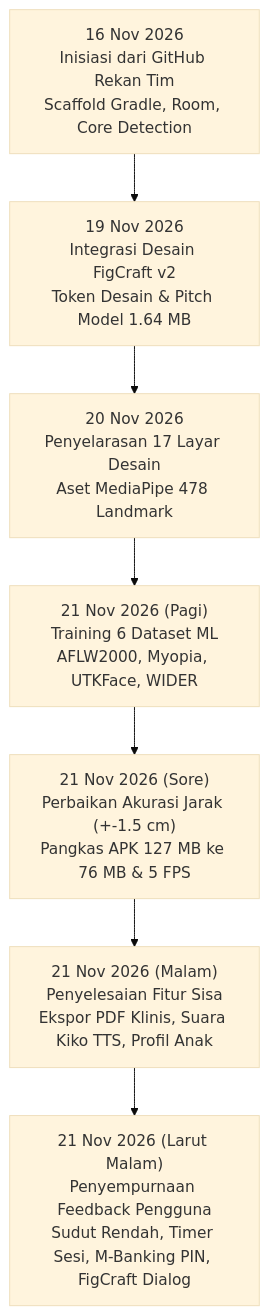
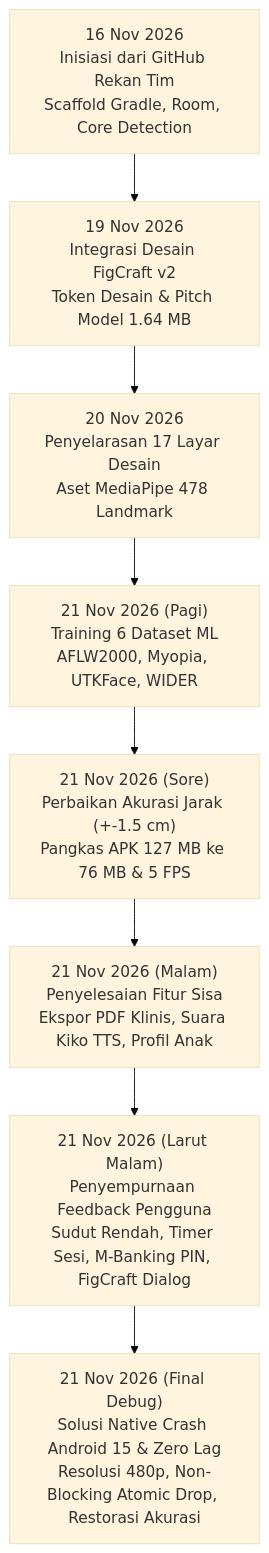
Before and after one commit to cruzhgggggg-coder/JAGA_MATA: the first of 2 diagrams in LAPORAN_UPDATE_PROYEK.md, drawn with Mermaid (base theme). The commit also changed other lines of this file and 23 other files, not shown here.

````diff
--- a/LAPORAN_UPDATE_PROYEK.md
+++ b/LAPORAN_UPDATE_PROYEK.md
@@ -16,9 +16,10 @@
 ```mermaid
 flowchart TD
     D1["16 Nov 2026<br>Inisiasi dari GitHub Rekan Tim<br>Scaffold Gradle, Room, Core Detection"] --> D2["19 Nov 2026<br>Integrasi Desain FigCraft v2<br>Token Desain & Pitch Model 1.64 MB"]
     D2 --> D3["20 Nov 2026<br>Penyelarasan 17 Layar Desain<br>Aset MediaPipe 478 Landmark"]
     D3 --> D4["21 Nov 2026 (Pagi)<br>Training 6 Dataset ML<br>AFLW2000, Myopia, UTKFace, WIDER"]
     D4 --> D5["21 Nov 2026 (Sore)<br>Perbaikan Akurasi Jarak (+-1.5 cm)<br>Pangkas APK 127 MB ke 76 MB & 5 FPS"]
     D5 --> D6["21 Nov 2026 (Malam)<br>Penyelesaian Fitur Sisa<br>Ekspor PDF Klinis, Suara Kiko TTS, Profil Anak"]
     D6 --> D7["21 Nov 2026 (Larut Malam)<br>Penyempurnaan Feedback Pengguna<br>Sudut Rendah, Timer Sesi, M-Banking PIN, FigCraft Dialog"]
+    D7 --> D8["21 Nov 2026 (Final Debug)<br>Solusi Native Crash Android 15 & Zero Lag<br>Resolusi 480p, Non-Blocking Atomic Drop, Restorasi Akurasi"]
 ```
````
